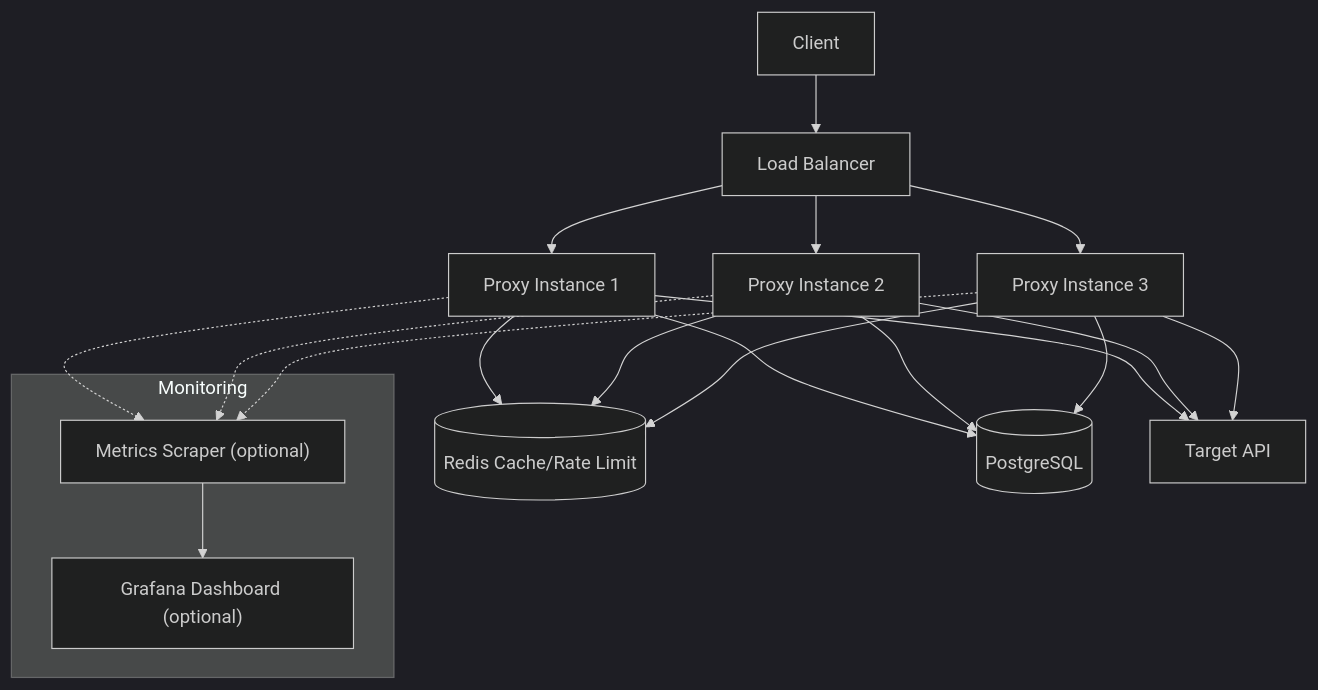
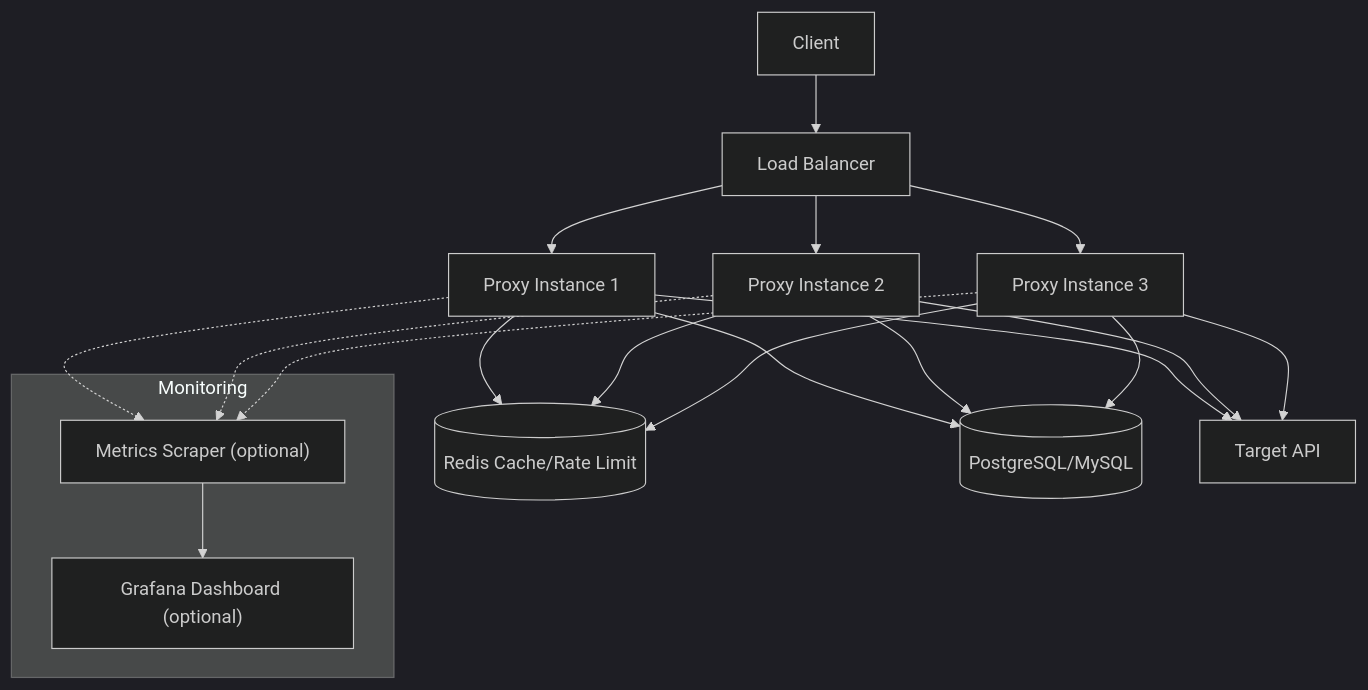
Before and after one commit to sofatutor/llm-proxy: the ninth of 10 diagrams in docs/architecture/architecture.md, drawn with Mermaid (dark theme). The commit also changed other lines of this file and 13 other files, not shown here.

````diff
--- a/docs/architecture/architecture.md
+++ b/docs/architecture/architecture.md
@@ -607,27 +610,27 @@
 ```mermaid
 flowchart TD
     Client["Client"] --> LoadBalancer["Load Balancer"]
     LoadBalancer --> Proxy1["Proxy Instance 1"]
     LoadBalancer --> Proxy2["Proxy Instance 2"]
     LoadBalancer --> Proxy3["Proxy Instance 3"]
     
     Proxy1 --> Redis[("Redis Cache/Rate Limit")]
     Proxy2 --> Redis
     Proxy3 --> Redis
     
-    Proxy1 --> Postgres[("PostgreSQL")]
-    Proxy2 --> Postgres
-    Proxy3 --> Postgres
+    Proxy1 --> Database[("PostgreSQL/MySQL")]
+    Proxy2 --> Database
+    Proxy3 --> Database
     
     Proxy1 --> API["Target API"]
     Proxy2 --> API
     Proxy3 --> API
     
     subgraph Monitoring
         MetricsScraper["Metrics Scraper (optional)"] --> Grafana["Grafana Dashboard (optional)"]
     end
     
     Proxy1 -.-> MetricsScraper
     Proxy2 -.-> MetricsScraper
     Proxy3 -.-> MetricsScraper
 ```
````
